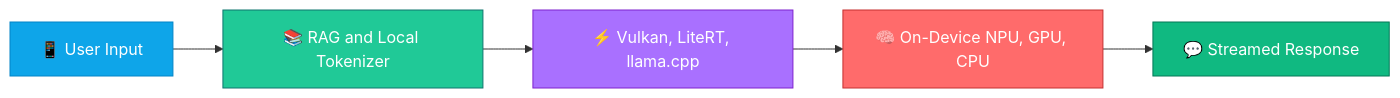
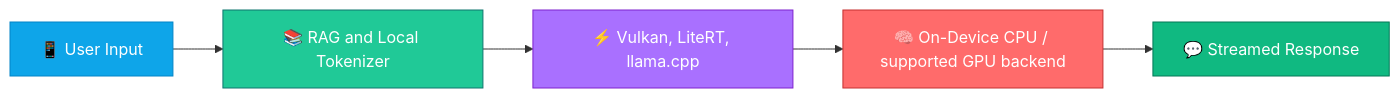
Before and after one commit to ShounakPatra/Solus: the diagram in README.md, drawn with Mermaid. The commit also changed other lines of this file and 106 other files, not shown here.

````diff
--- a/README.md
+++ b/README.md
@@ -240,13 +217,13 @@
 ```mermaid
 flowchart LR
     A["📱 User Input"] --> B["📚 RAG and Local Tokenizer"]
     B --> C["⚡ Vulkan, LiteRT, llama.cpp"]
-    C --> D["🧠 On-Device NPU, GPU, CPU"]
+    C --> D["🧠 On-Device CPU / supported GPU backend"]
     D --> E["💬 Streamed Response"]
 
     style A fill:#0EA5E9,stroke:#0284C7,color:#ffffff
     style B fill:#20C997,stroke:#0F766E,color:#ffffff
     style C fill:#A970FF,stroke:#7E22CE,color:#ffffff
     style D fill:#FF6B6B,stroke:#C53030,color:#ffffff
     style E fill:#10B981,stroke:#047857,color:#ffffff
 ```
````
